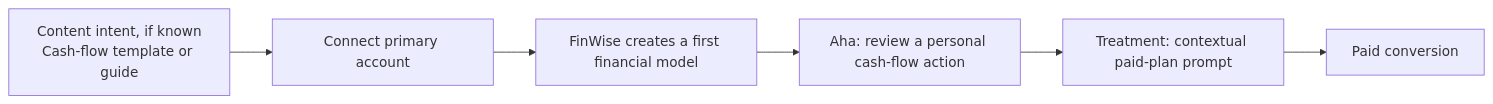
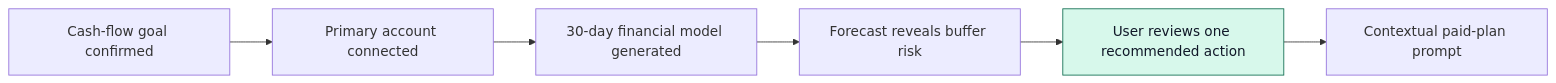
One commit to malihajahan-collab/FinWise-analytics-Experimentation changed the diagram in 02-solution/activation-solution.md. Above: the diagram before and after it, drawn with Mermaid. The commit also changed other lines of this file, not shown here.

First line of the commit message:
Revise onboarding strategy and candidate Aha moment

````diff
--- a/02-solution/activation-solution.md
+++ b/02-solution/activation-solution.md
@@ -13,8 +60,10 @@
 ```mermaid
 flowchart LR
-    A["Content intent, if known<br/>Cash-flow template or guide"] --> B["Connect primary account"]
-    B --> C["FinWise creates a first financial model"]
-    C --> D["Aha: review a personal cash-flow action"]
-    D --> E["Treatment: contextual paid-plan prompt"]
-    E --> F["Paid conversion"]
+    A["Cash-flow goal confirmed"] --> B["Primary account connected"]
+    B --> C["30-day financial model generated"]
+    C --> D["Forecast reveals buffer risk"]
+    D --> E["User reviews one recommended action"]
+    E --> F["Contextual paid-plan prompt"]
+
+    style E fill:#d7f8eb,stroke:#0d6b4e,color:#101828
 ```
````
